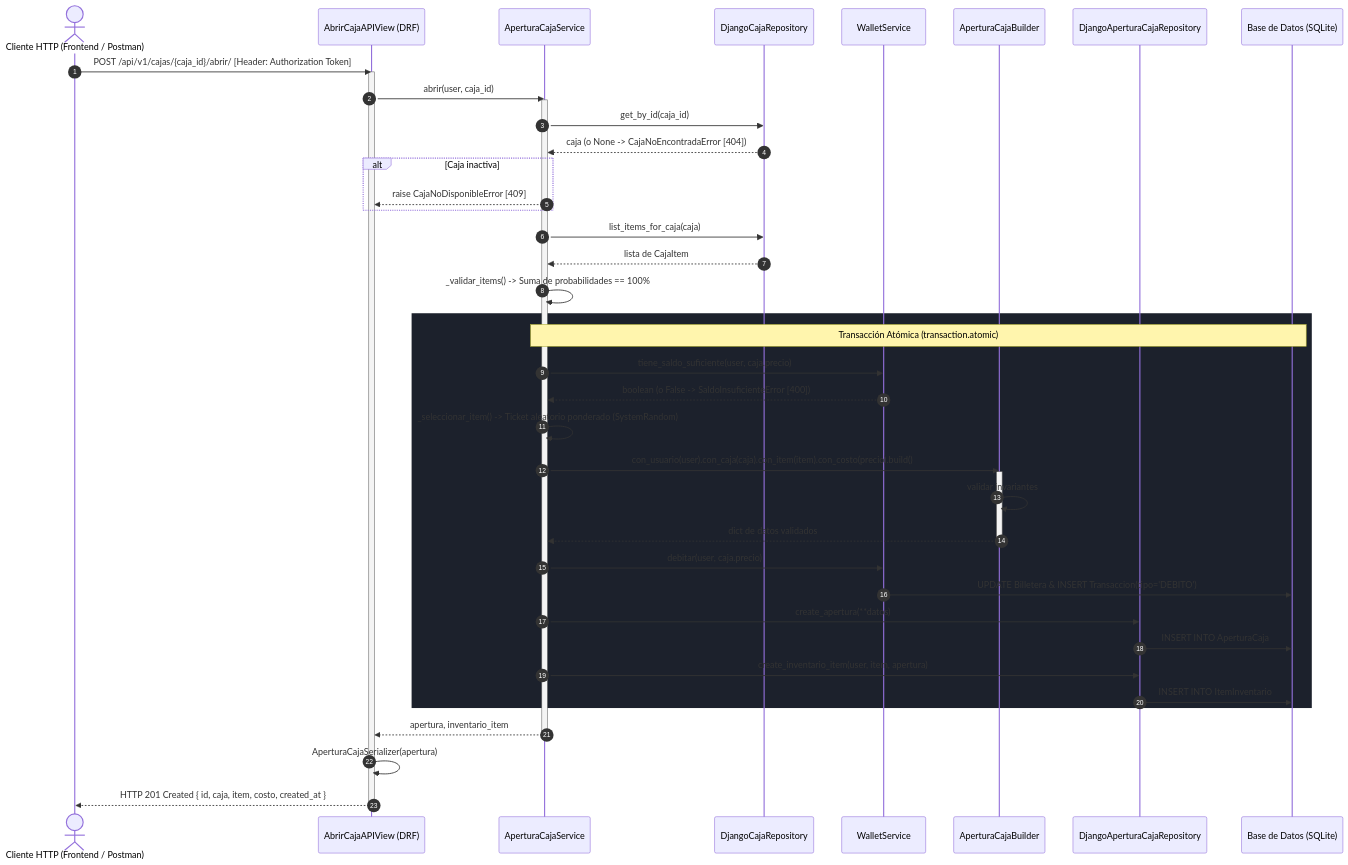
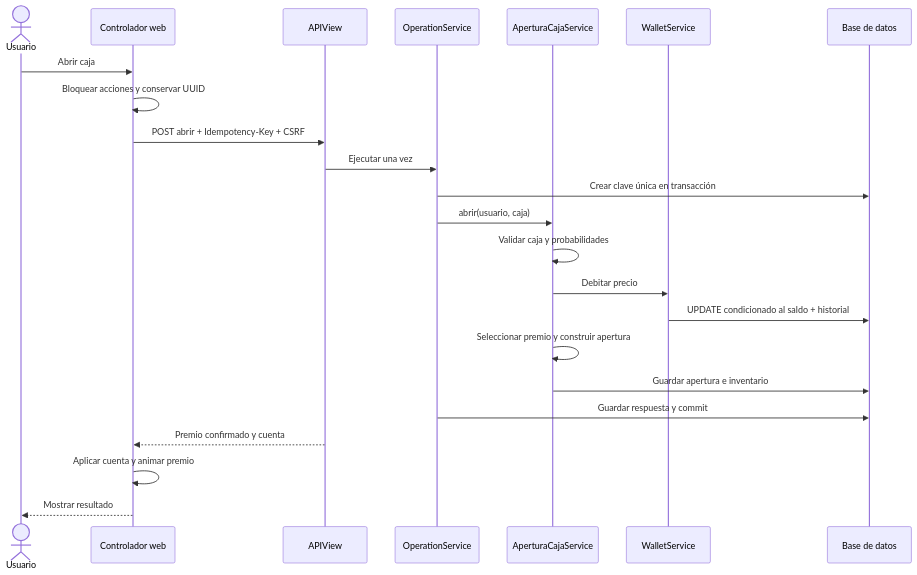
Before and after one commit to jrestrepoc/VaultDrop: the diagram in docs/wiki-diagrama-secuencia.md, drawn with Mermaid. The commit also changed other lines of this file and 88 other files, not shown here.

First line of the commit message:
refactor: consolidate VaultDrop architecture and persistent workflows

````diff
--- a/docs/wiki-diagrama-secuencia.md
+++ b/docs/wiki-diagrama-secuencia.md
@@ -23,60 +3,25 @@
 ```mermaid
 sequenceDiagram
-    autonumber
-    actor Cliente as Cliente HTTP (Frontend / Postman)
-    participant V as AbrirCajaAPIView (DRF)
+    actor U as Usuario
+    participant UI as Controlador web
+    participant API as APIView
+    participant OP as OperationService
     participant S as AperturaCajaService
-    participant RC as DjangoCajaRepository
     participant W as WalletService
-    participant B as AperturaCajaBuilder
-    participant RA as DjangoAperturaCajaRepository
-    participant DB as Base de Datos (SQLite)
-
-    Cliente->>V: POST /api/v1/cajas/{caja_id}/abrir/ [Header: Authorization Token]
-    activate V
-    
-    V->>S: abrir(user, caja_id)
-    activate S
-    
-    S->>RC: get_by_id(caja_id)
-    RC-->>S: caja (o None -> CajaNoEncontradaError [404])
-    
-    alt Caja inactiva
-        S-->>V: raise CajaNoDisponibleError [409]
-    end
-
-    S->>RC: list_items_for_caja(caja)
-    RC-->>S: lista de CajaItem
-    S->>S: _validar_items() -> Suma de probabilidades == 100%
-
-    rect rgb(28, 33, 44)
-        note over S,DB: Transacción Atómica (transaction.atomic)
-        
-        S->>W: tiene_saldo_suficiente(user, caja.precio)
-        W-->>S: boolean (o False -> SaldoInsuficienteError [400])
-        
-        S->>S: _seleccionar_item() -> Ticket aleatorio ponderado (SystemRandom)
-        
-        S->>B: con_usuario(user).con_caja(caja).con_item(item).con_costo(precio).build()
-        activate B
-        B->>B: validar invariantes
-        B-->>S: dict de datos validados
-        deactivate B
-        
-        S->>W: debitar(user, caja.precio)
-        W->>DB: UPDATE Billetera & INSERT Transaccion(tipo='DEBITO')
-        
-        S->>RA: create_apertura(**datos)
-        RA->>DB: INSERT INTO AperturaCaja
-        
-        S->>RA: create_inventario_item(user, item, apertura)
-        RA->>DB: INSERT INTO ItemInventario
-    end
-
-    S-->>V: apertura, inventario_item
-    deactivate S
-
-    V->>V: AperturaCajaSerializer(apertura)
-    V-->>Cliente: HTTP 201 Created { id, caja, item, costo, created_at }
-    deactivate V
+    participant DB as Base de datos
+    U->>UI: Abrir caja
+    UI->>UI: Bloquear acciones y conservar UUID
+    UI->>API: POST abrir + Idempotency-Key + CSRF
+    API->>OP: Ejecutar una vez
+    OP->>DB: Crear clave única en transacción
+    OP->>S: abrir(usuario, caja)
+    S->>S: Validar caja y probabilidades
+    S->>W: Debitar precio
+    W->>DB: UPDATE condicionado al saldo + historial
+    S->>S: Seleccionar premio y construir apertura
+    S->>DB: Guardar apertura e inventario
+    OP->>DB: Guardar respuesta y commit
+    API-->>UI: Premio confirmado y cuenta
+    UI->>UI: Aplicar cuenta y animar premio
+    UI-->>U: Mostrar resultado
 ```
````
